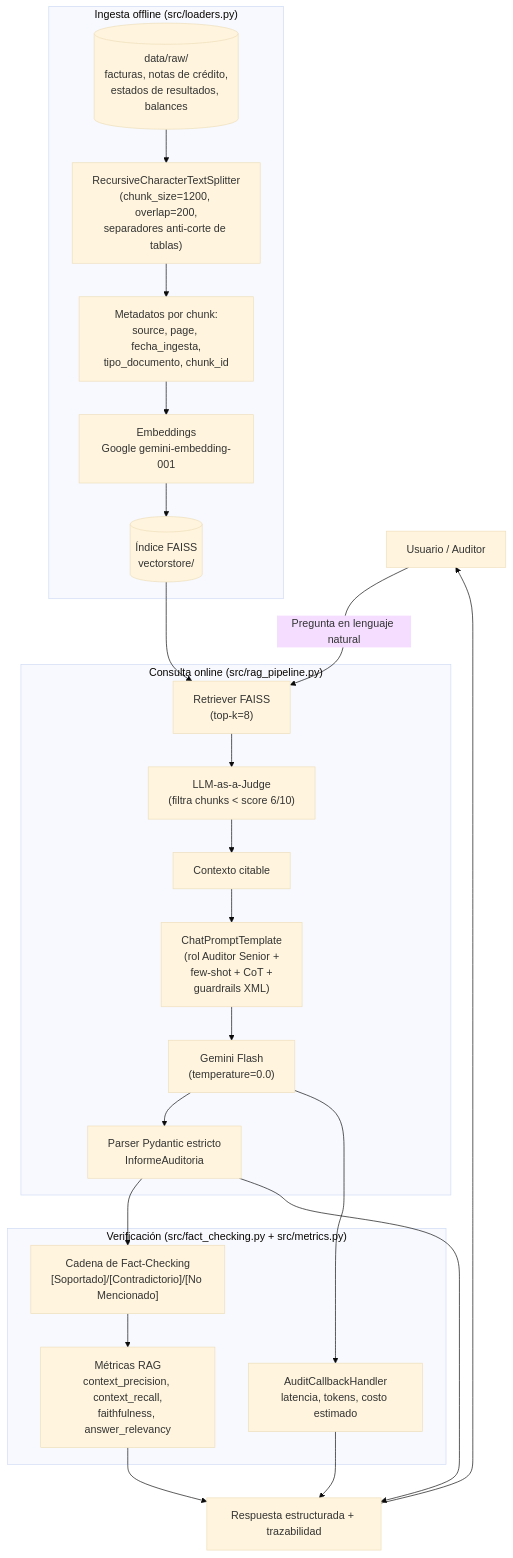
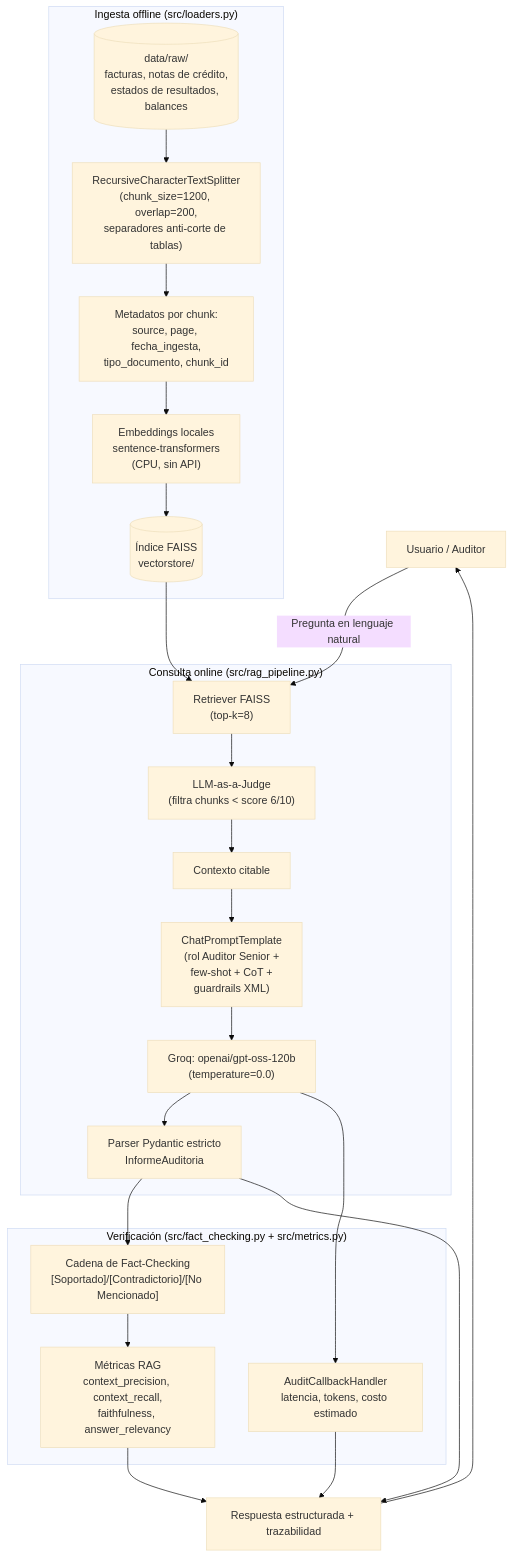
One commit to Martin-Vasquez-lab/RAG_Finanzas changed the diagram in docs/architecture.md. Above: the diagram before and after it, drawn with Mermaid (base theme). The commit also changed other lines of this file and 6 other files, not shown here.

````diff
--- a/docs/architecture.md
+++ b/docs/architecture.md
@@ -5,31 +5,31 @@
 ```mermaid
 flowchart TD
     U[Usuario / Auditor] -->|Pregunta en lenguaje natural| R
 
     subgraph Ingesta["Ingesta offline (src/loaders.py)"]
         RAW[("data/raw/\nfacturas, notas de crédito,\nestados de resultados, balances")] --> SPLIT["RecursiveCharacterTextSplitter\n(chunk_size=1200, overlap=200,\nseparadores anti-corte de tablas)"]
         SPLIT --> META["Metadatos por chunk:\nsource, page, fecha_ingesta,\ntipo_documento, chunk_id"]
-        META --> EMB["Embeddings\nGoogle gemini-embedding-001"]
+        META --> EMB["Embeddings locales\nsentence-transformers\n(CPU, sin API)"]
         EMB --> IDX[("Índice FAISS\nvectorstore/")]
     end
 
     subgraph Consulta["Consulta online (src/rag_pipeline.py)"]
         R["Retriever FAISS\n(top-k=8)"] --> J["LLM-as-a-Judge\n(filtra chunks < score 6/10)"]
         J --> CTX["Contexto citable\n<contexto_auditoria>"]
         CTX --> P["ChatPromptTemplate\n(rol Auditor Senior +\nfew-shot + CoT +\nguardrails XML)"]
-        P --> LLM["Gemini Flash\n(temperature=0.0)"]
+        P --> LLM["Groq: openai/gpt-oss-120b\n(temperature=0.0)"]
         LLM --> OUT["Parser Pydantic estricto\nInformeAuditoria"]
     end
 
     subgraph Verificacion["Verificación (src/fact_checking.py + src/metrics.py)"]
         OUT --> FC["Cadena de Fact-Checking\n[Soportado]/[Contradictorio]/[No Mencionado]"]
         FC --> MET["Métricas RAG\ncontext_precision, context_recall,\nfaithfulness, answer_relevancy"]
         LLM --> CB["AuditCallbackHandler\nlatencia, tokens, costo estimado"]
     end
 
     IDX --> R
     OUT --> RESP[Respuesta estructurada + trazabilidad]
     MET --> RESP
     CB --> RESP
     RESP --> U
 ```
````
